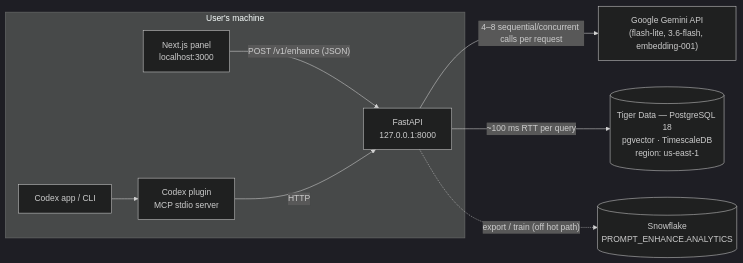
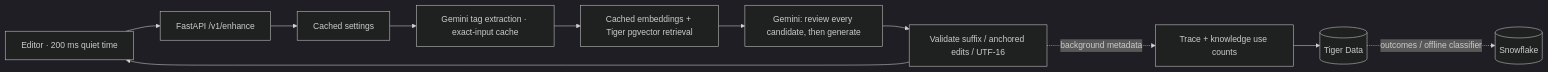
The diagram in docs/architecture.md (Mattlo0546/Agentcomplete), drawn with Mermaid (dark theme) before and after one commit. The commit also changed other lines of this file and 78 other files, not shown here.

Commit message:
Reduce autocomplete latency with local retrieval and one-call review

````diff
--- a/docs/architecture.md
+++ b/docs/architecture.md
@@ -57,18 +7,13 @@
 ```mermaid
 flowchart LR
-  subgraph Laptop["User's machine"]
-    UI["Next.js panel<br/>localhost:3000"]
-    API["FastAPI<br/>127.0.0.1:8000"]
-    MCP["Codex plugin<br/>MCP stdio server"]
-    Codex["Codex app / CLI"]
-  end
-  Gemini["Google Gemini API<br/>(flash-lite, 3.6-flash, embedding-001)"]
-  Tiger[("Tiger Data — PostgreSQL 18<br/>pgvector · TimescaleDB<br/>region: us-east-1")]
-  SF[("Snowflake<br/>PROMPT_ENHANCE.ANALYTICS")]
-
-  UI -- "POST /v1/enhance (JSON)" --> API
-  Codex --> MCP -- HTTP --> API
-  API -- "4–8 sequential/concurrent calls per request" --> Gemini
-  API -- "~100 ms RTT per query" --> Tiger
-  API -. "export / train (off hot path)" .-> SF
+  Editor["Editor · 200 ms quiet time"] --> API["FastAPI /v1/enhance"]
+  API --> Settings["Cached settings"]
+  Settings --> Tags["Gemini tag extraction · exact-input cache"]
+  Tags --> Retrieve["Cached embeddings + Tiger pgvector retrieval"]
+  Retrieve --> Generate["Gemini: review every candidate, then generate"]
+  Generate --> Validate["Validate suffix / anchored edits / UTF-16"]
+  Validate --> Editor
+  Validate -. "background metadata" .-> Trace["Trace + knowledge use counts"]
+  Trace --> Tiger[("Tiger Data")]
+  Tiger -. "outcomes / offline classifier" .-> Snowflake[("Snowflake")]
 ```
````
